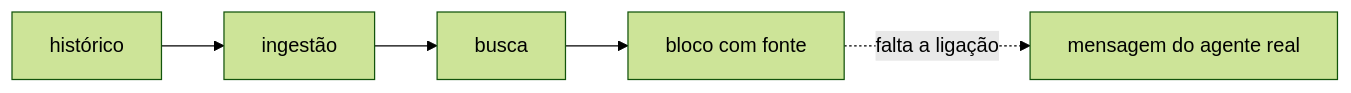
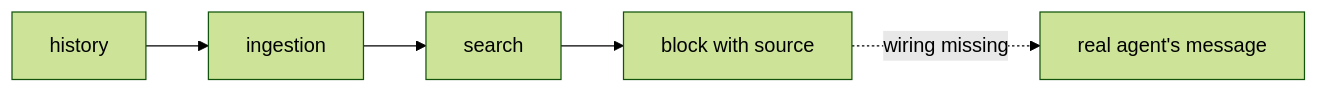
One commit to enzoconsulo/factory-tcc changed the diagram in docs/tasks/en/E6-project-memory/FAB-606-milestone-e6-the-agent-cites-the-earlier-decision.md. Above: the diagram before and after it, drawn with Mermaid (forest theme). The commit also changed other lines of this file and 52 other files, not shown here.

````diff
--- a/docs/tasks/en/E6-project-memory/FAB-606-milestone-e6-the-agent-cites-the-earlier-decision.md
+++ b/docs/tasks/en/E6-project-memory/FAB-606-milestone-e6-the-agent-cites-the-earlier-decision.md
@@ -11,5 +11,5 @@
 ```mermaid
 flowchart LR
-  H["histórico"] --> I["ingestão"] --> S["busca"] --> K["bloco com fonte"]
-  K -. "falta a ligação" .-> A["mensagem do agente real"]
+  H["history"] --> I["ingestion"] --> S["search"] --> K["block with source"]
+  K -. "wiring missing" .-> A["real agent's message"]
 ```
````
